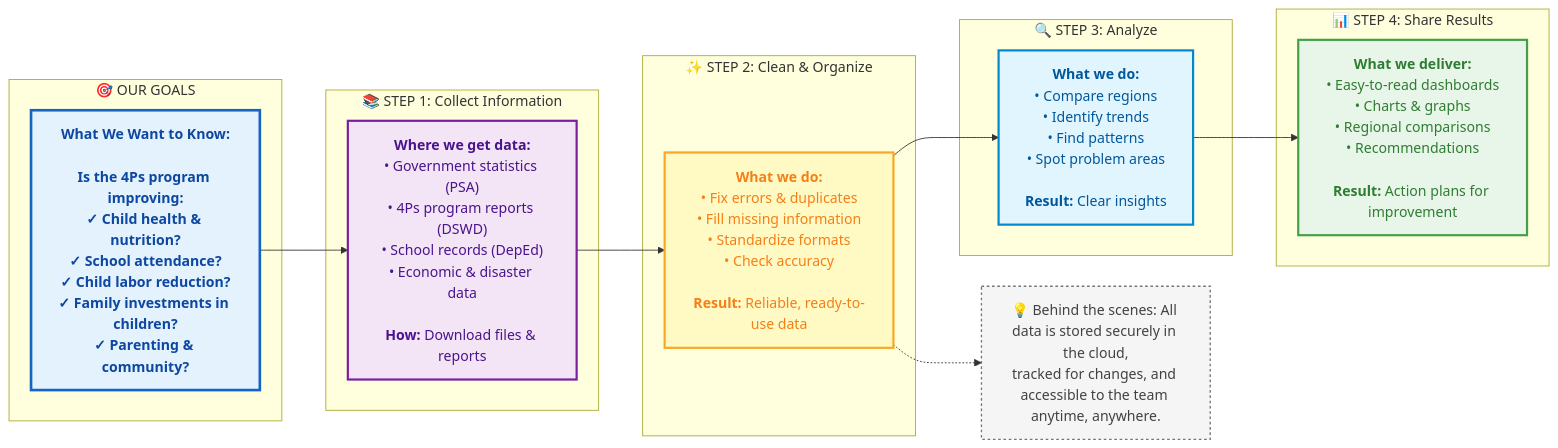
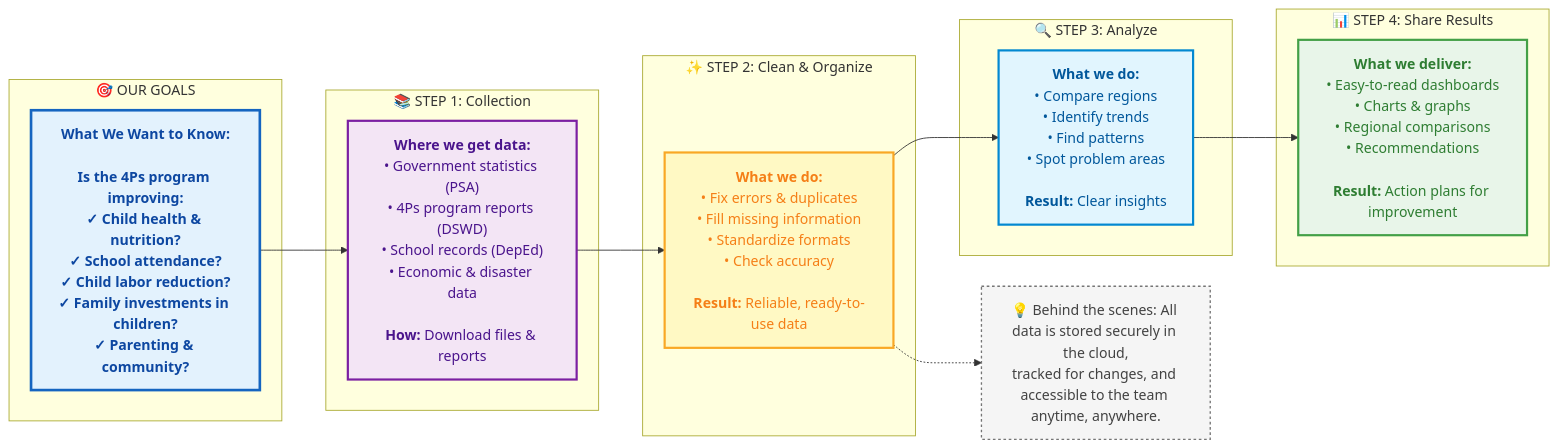
One commit to jessielynlozano/FTW-DE-Groupings changed the third of 3 diagrams in Pipeline.md. Above: the diagram before and after it, drawn with Mermaid.

Commit message:
Rename STEP 1 subgraph to 'Collection'

````diff
--- a/Pipeline.md
+++ b/Pipeline.md
@@ -280,53 +280,53 @@
 ```mermaid
 graph LR
     %% ===== PROGRAM GOALS =====
     subgraph GOALS["🎯 OUR GOALS"]
         OBJ["<b>What We Want to Know:</b><br/><br/>Is the 4Ps program improving:<br/>✓ Child health & nutrition?<br/>✓ School attendance?<br/>✓ Child labor reduction?<br/>✓ Family investments in children?<br/>✓ Parenting & community?"]
     end
     
     %% ===== STEP 1 =====
-    subgraph STEP1["📚 STEP 1: Collect Information"]
+    subgraph STEP1["📚 STEP 1: Collection"]
         COLLECT["<b>Where we get data:</b><br/>• Government statistics (PSA)<br/>• 4Ps program reports (DSWD)<br/>• School records (DepEd)<br/>• Economic & disaster data<br/><br/><b>How:</b> Download files & reports"]
     end
     
     %% ===== STEP 2 =====
     subgraph STEP2["✨ STEP 2: Clean & Organize"]
         CLEAN["<b>What we do:</b><br/>• Fix errors & duplicates<br/>• Fill missing information<br/>• Standardize formats<br/>• Check accuracy<br/><br/><b>Result:</b> Reliable, ready-to-use data"]
     end
     
     %% ===== STEP 3 =====
     subgraph STEP3["🔍 STEP 3: Analyze"]
         ANALYZE["<b>What we do:</b><br/>• Compare regions<br/>• Identify trends<br/>• Find patterns<br/>• Spot problem areas<br/><br/><b>Result:</b> Clear insights"]
     end
     
     %% ===== STEP 4 =====
     subgraph STEP4["📊 STEP 4: Share Results"]
         RESULTS["<b>What we deliver:</b><br/>• Easy-to-read dashboards<br/>• Charts & graphs<br/>• Regional comparisons<br/>• Recommendations<br/><br/><b>Result:</b> Action plans for improvement"]
     end
     
     %% ===== SUPPORT NOTE =====
     NOTE["💡 Behind the scenes: All data is stored securely in the cloud,<br/>tracked for changes, and accessible to the team anytime, anywhere."]
     
     %% ===== FLOW =====
     OBJ --> COLLECT
     COLLECT --> CLEAN
     CLEAN --> ANALYZE
     ANALYZE --> RESULTS
     
     CLEAN -.-> NOTE
     
     %% ===== STYLING =====
     classDef goalsStyle fill:#e3f2fd,stroke:#1565c0,stroke-width:3px,color:#0d47a1,font-weight:bold;
     classDef step1Style fill:#f3e5f5,stroke:#7b1fa2,stroke-width:2.5px,color:#4a148c;
     classDef step2Style fill:#fff9c4,stroke:#f9a825,stroke-width:2.5px,color:#f57f17;
     classDef step3Style fill:#e1f5fe,stroke:#0288d1,stroke-width:2.5px,color:#01579b;
     classDef step4Style fill:#e8f5e9,stroke:#43a047,stroke-width:2.5px,color:#2e7d32;
     classDef noteStyle fill:#f5f5f5,stroke:#757575,stroke-width:1.5px,color:#424242,stroke-dasharray:3 3;
     
     class OBJ goalsStyle;
     class COLLECT step1Style;
     class CLEAN step2Style;
     class ANALYZE step3Style;
     class RESULTS step4Style;
     class NOTE noteStyle;
 ```
````
